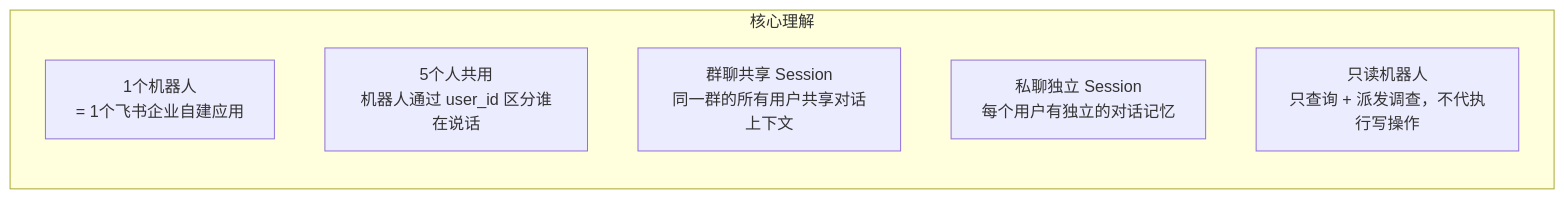
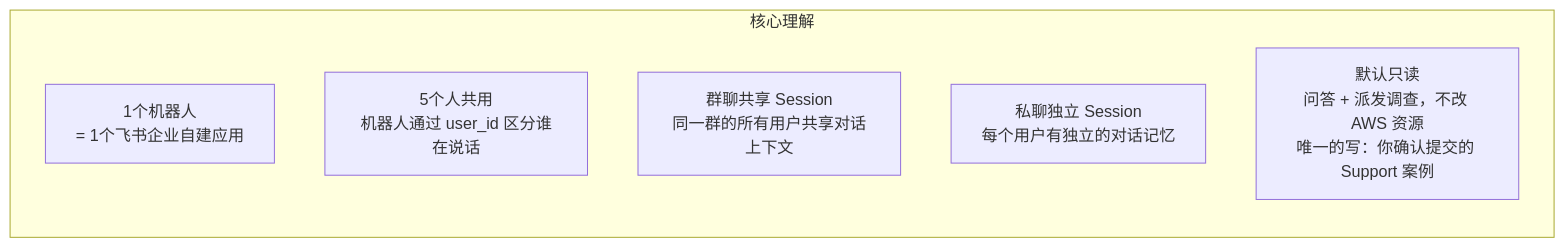
One commit to aws-samples/sample-notiops changed the fourth of 7 diagrams in docs/im-bot-interaction.md. Above: the diagram before and after it, drawn with Mermaid. The commit also changed other lines of this file and 171 other files, not shown here.

````diff
--- a/docs/im-bot-interaction.md
+++ b/docs/im-bot-interaction.md
@@ -104,10 +108,10 @@
 ```mermaid
 graph LR
     subgraph Key["核心理解"]
         A["1个机器人<br/>= 1个飞书企业自建应用"]
         B["5个人共用<br/>机器人通过 user_id 区分谁在说话"]
         C["群聊共享 Session<br/>同一群的所有用户共享对话上下文"]
         D["私聊独立 Session<br/>每个用户有独立的对话记忆"]
-        E["只读机器人<br/>只查询 + 派发调查，不代执行写操作"]
+        E["默认只读<br/>问答 + 派发调查，不改 AWS 资源<br/>唯一的写：你确认提交的 Support 案例"]
     end
 ```
````
